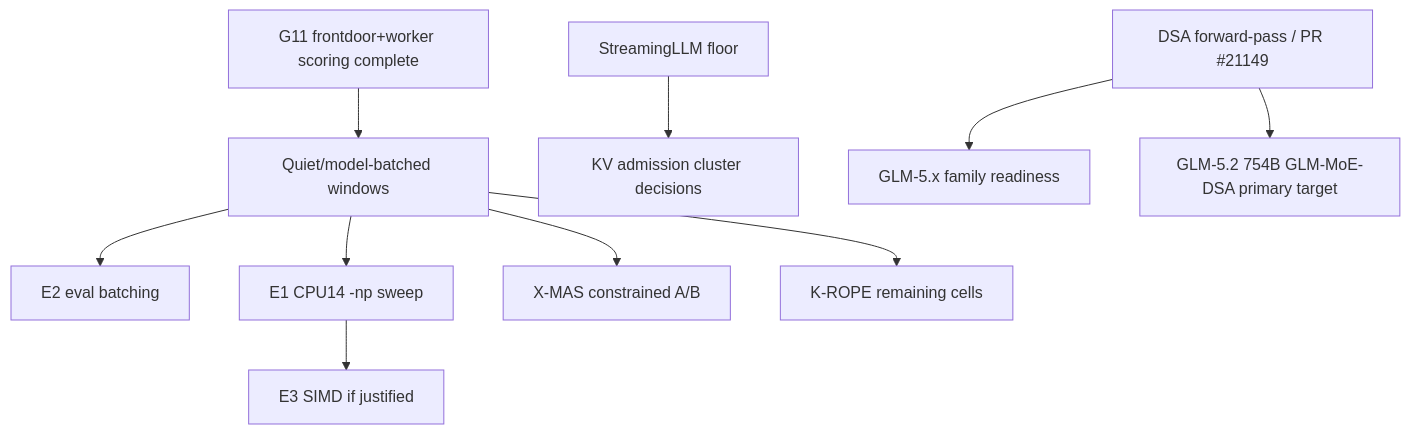
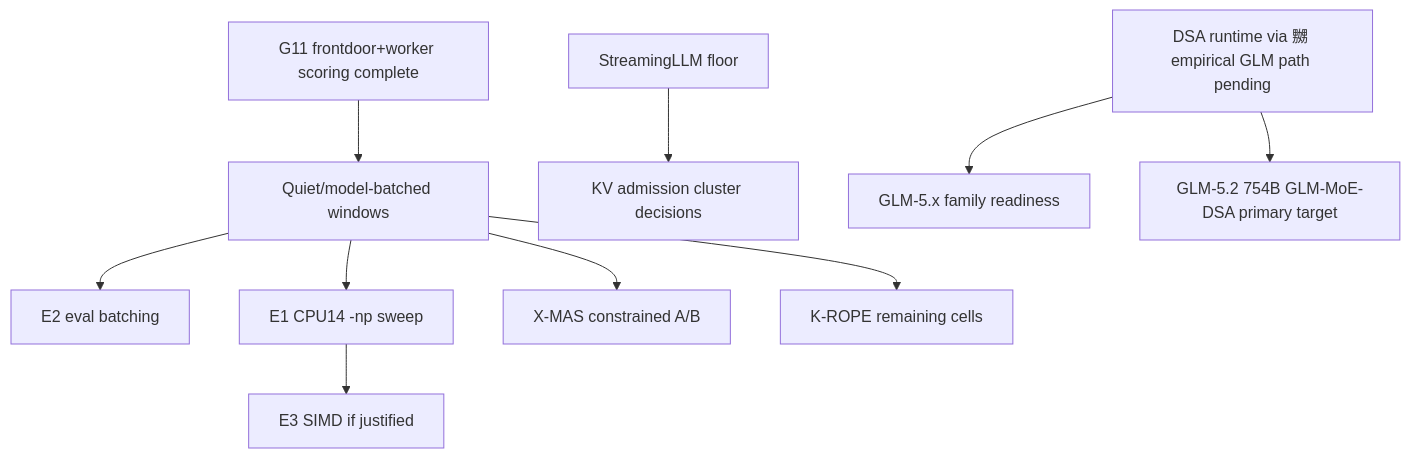
Before and after one commit to pestopoppa/epyc-root: the diagram in handoffs/active/inference-acceleration-index.md, drawn with Mermaid. The commit also changed other lines of this file and 12 other files, not shown here.

````diff
--- a/handoffs/active/inference-acceleration-index.md
+++ b/handoffs/active/inference-acceleration-index.md
@@ -72,12 +74,12 @@
 ```mermaid
 flowchart TD
     G11[G11 frontdoor+worker scoring complete] --> Quiet[Quiet/model-batched windows]
     Quiet --> E2[E2 eval batching]
     Quiet --> E1[E1 CPU14 -np sweep]
     E1 --> E3[E3 SIMD if justified]
     Quiet --> Xmas[X-MAS constrained A/B]
     Quiet --> KROPE[K-ROPE remaining cells]
     Streaming[StreamingLLM floor] --> KVCluster[KV admission cluster decisions]
-    DSAfwd[DSA forward-pass / PR #21149] --> GLM[GLM-5.x family readiness]
+    DSAfwd[DSA runtime via #23346; empirical GLM path pending] --> GLM[GLM-5.x family readiness]
     DSAfwd --> GLM52[GLM-5.2 754B GLM-MoE-DSA primary target]
 ```
````
